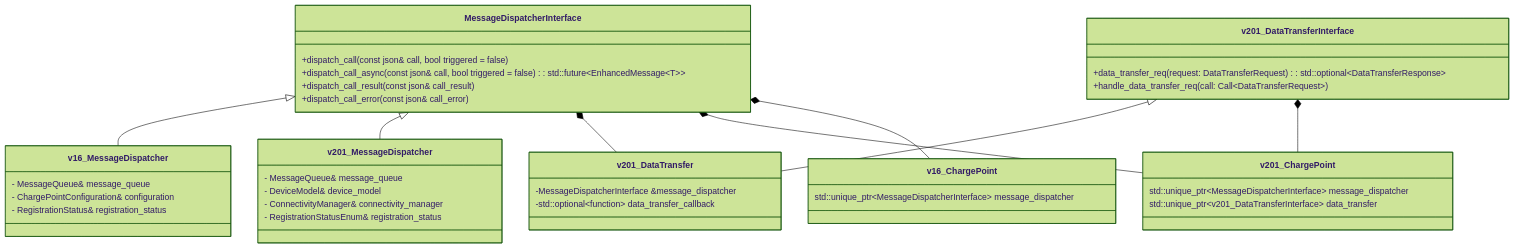
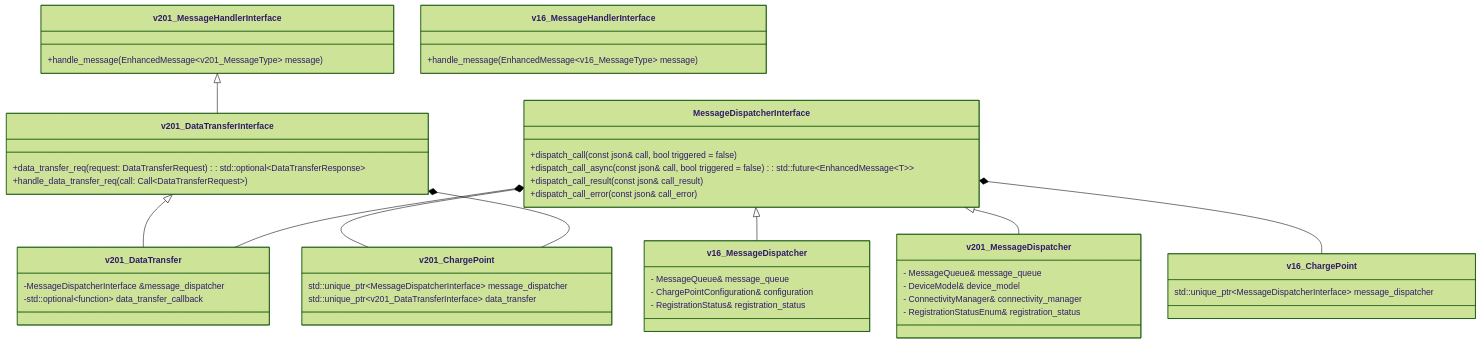
The diagram in doc/message_dispatching.md (EVerest/everest-core), drawn with Mermaid (forest theme) before and after one commit. The commit also changed 9 other files, not shown here.

First line of the commit message:
Feature/data transfer functional block (#871)

````diff
--- a/doc/message_dispatching.md
+++ b/doc/message_dispatching.md
@@ -3,49 +3,58 @@
 ```mermaid
 classDiagram
 class MessageDispatcherInterface {
     +dispatch_call(const json& call, bool triggered = false)
     +dispatch_call_async(const json& call, bool triggered = false): std::future~EnhancedMessage~T~~
     +dispatch_call_result(const json& call_result)
     +dispatch_call_error(const json& call_error)
 }
 
 class v16_MessageDispatcher {
     - MessageQueue& message_queue
     - ChargePointConfiguration& configuration
     - RegistrationStatus& registration_status
 }
 
 class v201_MessageDispatcher {
     - MessageQueue& message_queue
     - DeviceModel& device_model
     - ConnectivityManager& connectivity_manager
     - RegistrationStatusEnum& registration_status
+}
+
+class v201_MessageHandlerInterface {
+    +handle_message(EnhancedMessage~v201_MessageType~ message)
+}
+
+class v16_MessageHandlerInterface {
+    +handle_message(EnhancedMessage~v16_MessageType~ message)
 }
 
 class v201_DataTransferInterface {
     +data_transfer_req(request: DataTransferRequest): std::optional~DataTransferResponse~
     +handle_data_transfer_req(call: Call~DataTransferRequest~)
 }
 
 class v201_DataTransfer {
     -MessageDispatcherInterface &message_dispatcher
     -std::optional~function~ data_transfer_callback
 }
 
 class v201_ChargePoint {
     std::unique_ptr~MessageDispatcherInterface~ message_dispatcher
     std::unique_ptr~v201_DataTransferInterface~ data_transfer
 }
 
 class v16_ChargePoint {
     std::unique_ptr~MessageDispatcherInterface~ message_dispatcher
 }
 
 MessageDispatcherInterface <|-- v16_MessageDispatcher  
 MessageDispatcherInterface <|-- v201_MessageDispatcher
 v201_DataTransferInterface <|-- v201_DataTransfer
+v201_MessageHandlerInterface <|-- v201_DataTransferInterface
 MessageDispatcherInterface *-- v201_DataTransfer
 MessageDispatcherInterface *-- v201_ChargePoint
 v201_DataTransferInterface *-- v201_ChargePoint
 MessageDispatcherInterface *-- v16_ChargePoint
 ```
````
